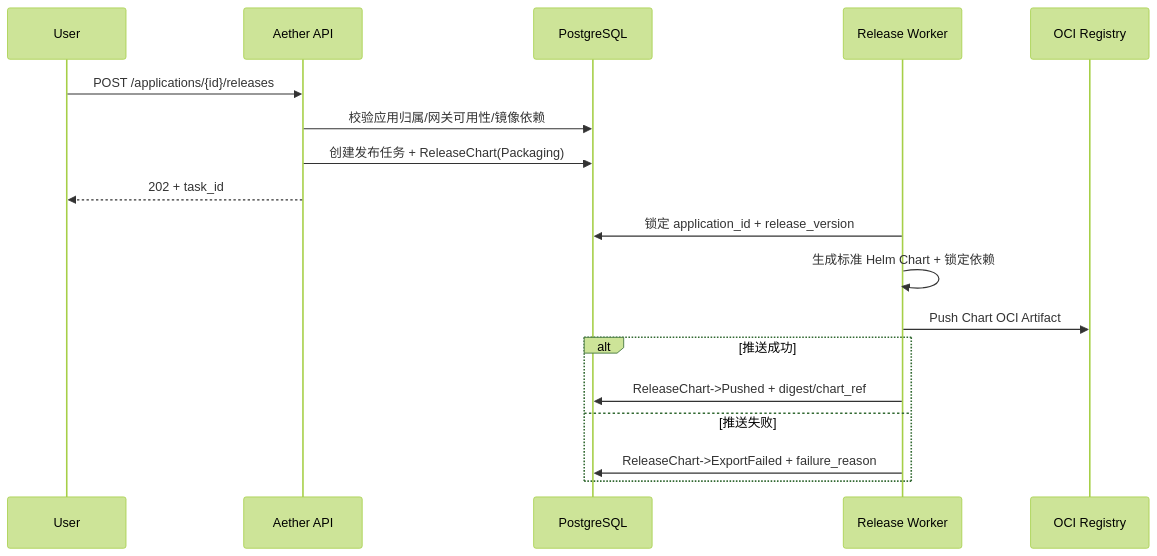
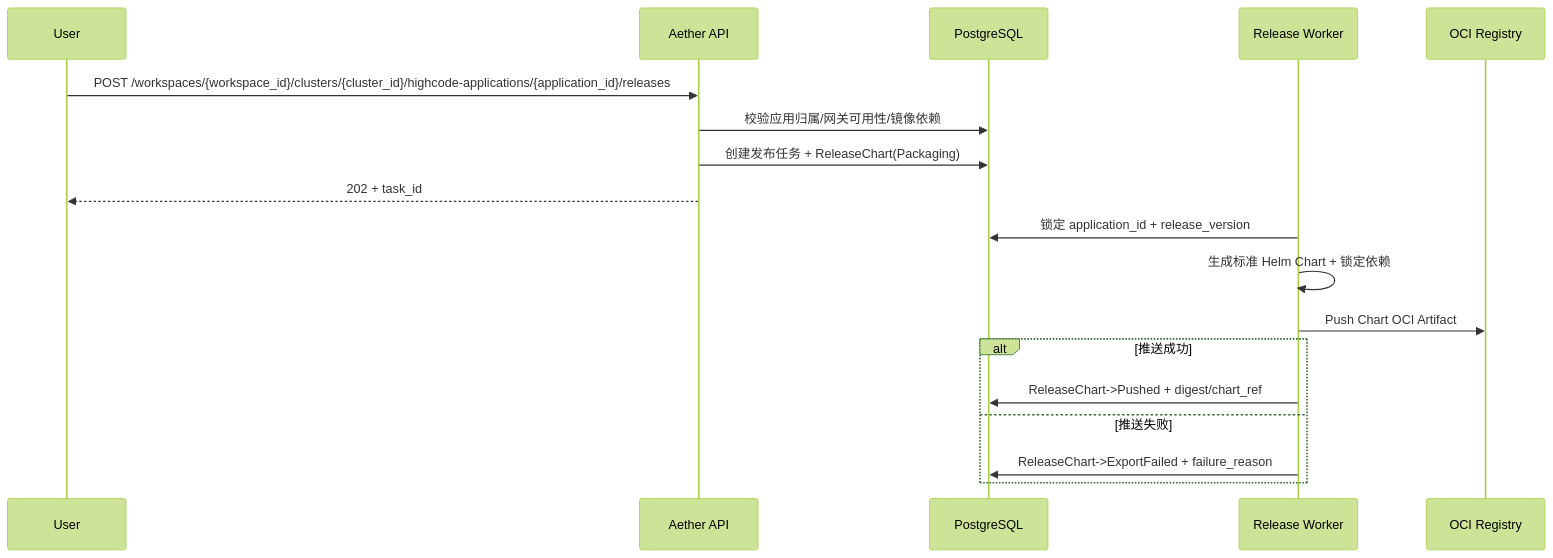
The fifth of 23 diagrams in docs/design.md (sentanl869/aether), drawn with Mermaid (forest theme) before and after one commit. The commit also changed other lines of this file and 2 other files, not shown here.

````diff
--- a/docs/design.md
+++ b/docs/design.md
@@ -365,21 +366,21 @@
 ```mermaid
 sequenceDiagram
   participant User as User
   participant API as Aether API
   participant DB as PostgreSQL
   participant W as Release Worker
   participant OCI as OCI Registry
 
-  User->>API: POST /applications/{id}/releases
+  User->>API: POST /workspaces/{workspace_id}/clusters/{cluster_id}/highcode-applications/{application_id}/releases
   API->>DB: 校验应用归属/网关可用性/镜像依赖
   API->>DB: 创建发布任务 + ReleaseChart(Packaging)
   API-->>User: 202 + task_id
   W->>DB: 锁定 application_id + release_version
   W->>W: 生成标准 Helm Chart + 锁定依赖
   W->>OCI: Push Chart OCI Artifact
   alt 推送成功
     W->>DB: ReleaseChart->Pushed + digest/chart_ref
   else 推送失败
     W->>DB: ReleaseChart->ExportFailed + failure_reason
   end
 ```
````
